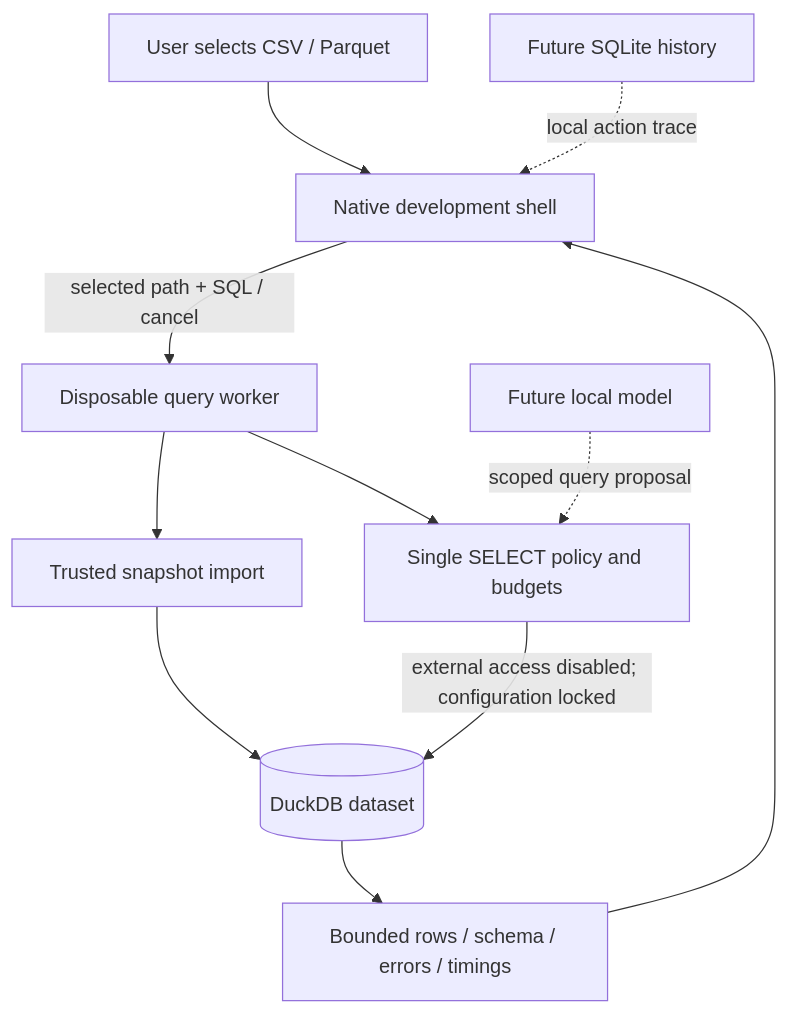
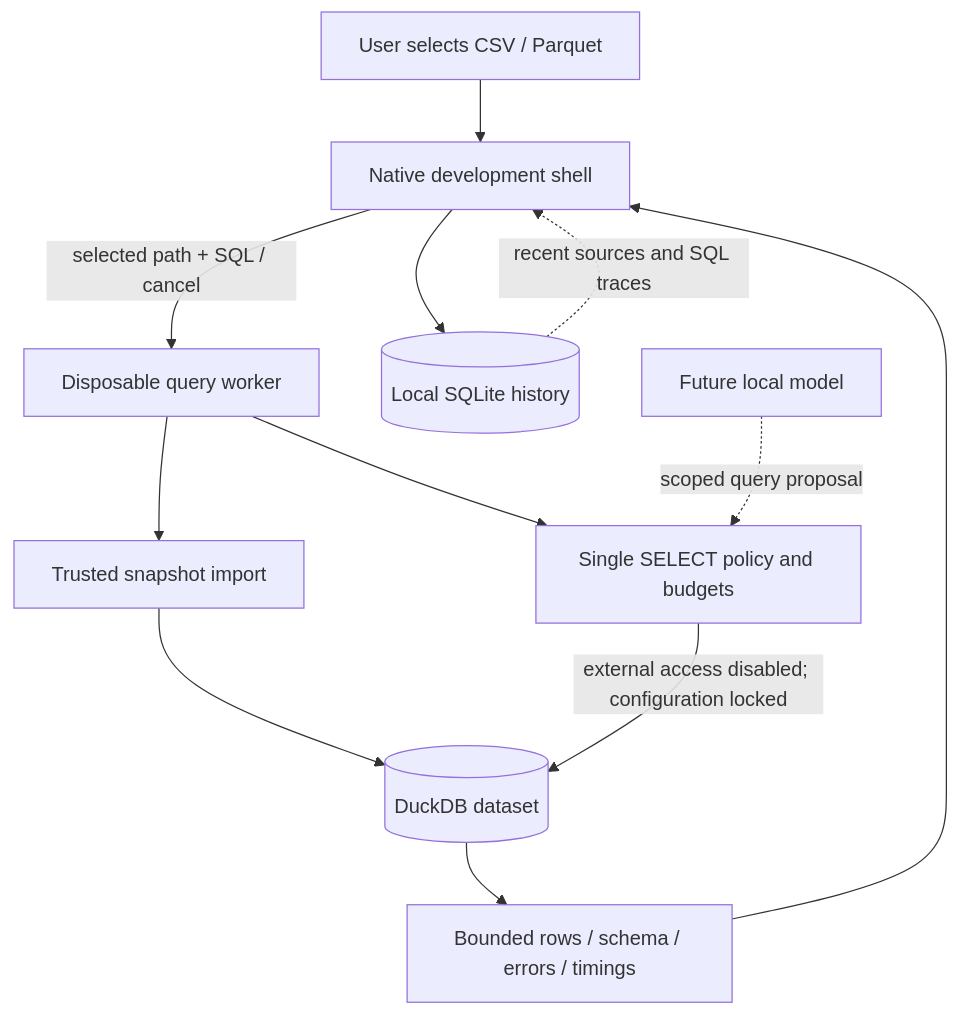
One commit to madhukoseke/Quelyt changed the diagram in docs/architecture/overview.md. Above: the diagram before and after it, drawn with Mermaid. The commit also changed other lines of this file and 22 other files, not shown here.

Commit message:
Add local SQL history, native UI polish, and held-out eval suite.

````diff
--- a/docs/architecture/overview.md
+++ b/docs/architecture/overview.md
@@ -5,13 +5,14 @@
 ```mermaid
 flowchart TD
   U[User selects CSV / Parquet] --> UI[Native development shell]
   UI -->|selected path + SQL / cancel| W[Disposable query worker]
   W --> I[Trusted snapshot import]
   I --> D[(DuckDB dataset)]
   W --> P[Single SELECT policy and budgets]
   P -->|external access disabled; configuration locked| D
   D --> R[Bounded rows / schema / errors / timings]
   R --> UI
+  UI --> H[(Local SQLite history)]
+  H -. recent sources and SQL traces .-> UI
   AI[Future local model] -. scoped query proposal .-> P
-  M[Future SQLite history] -. local action trace .-> UI
 ```
````
